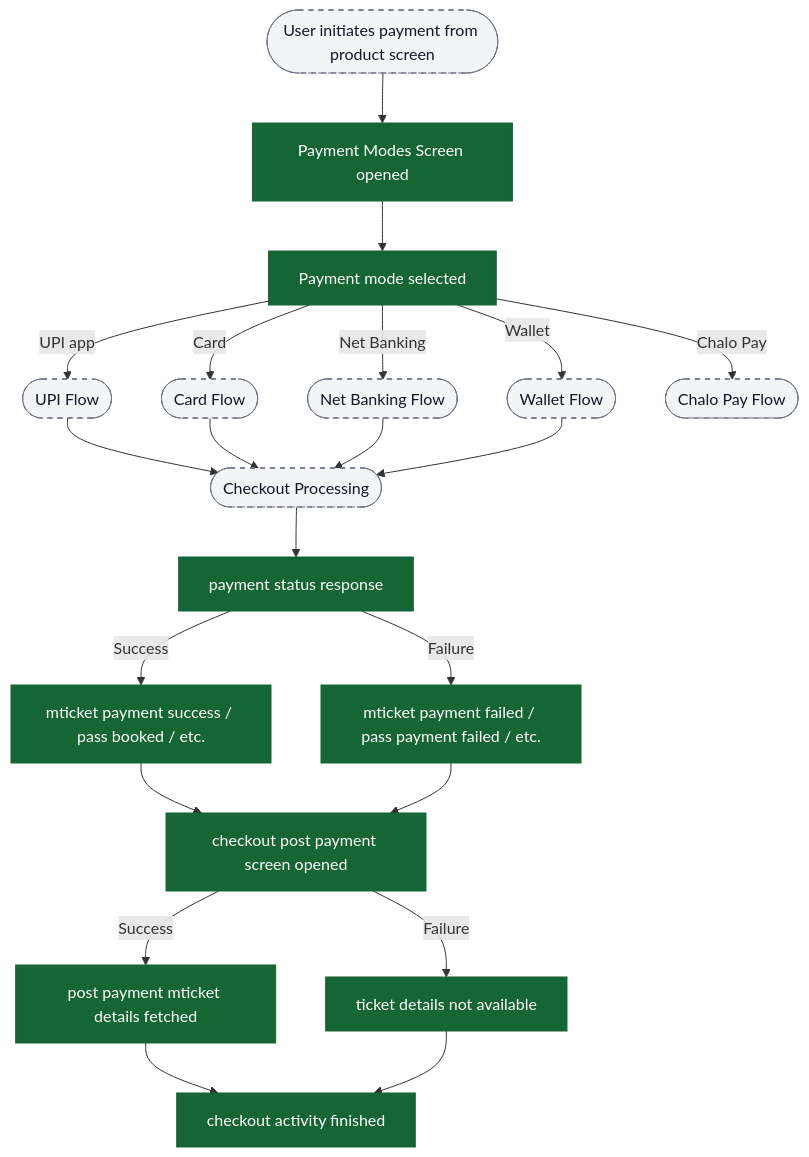
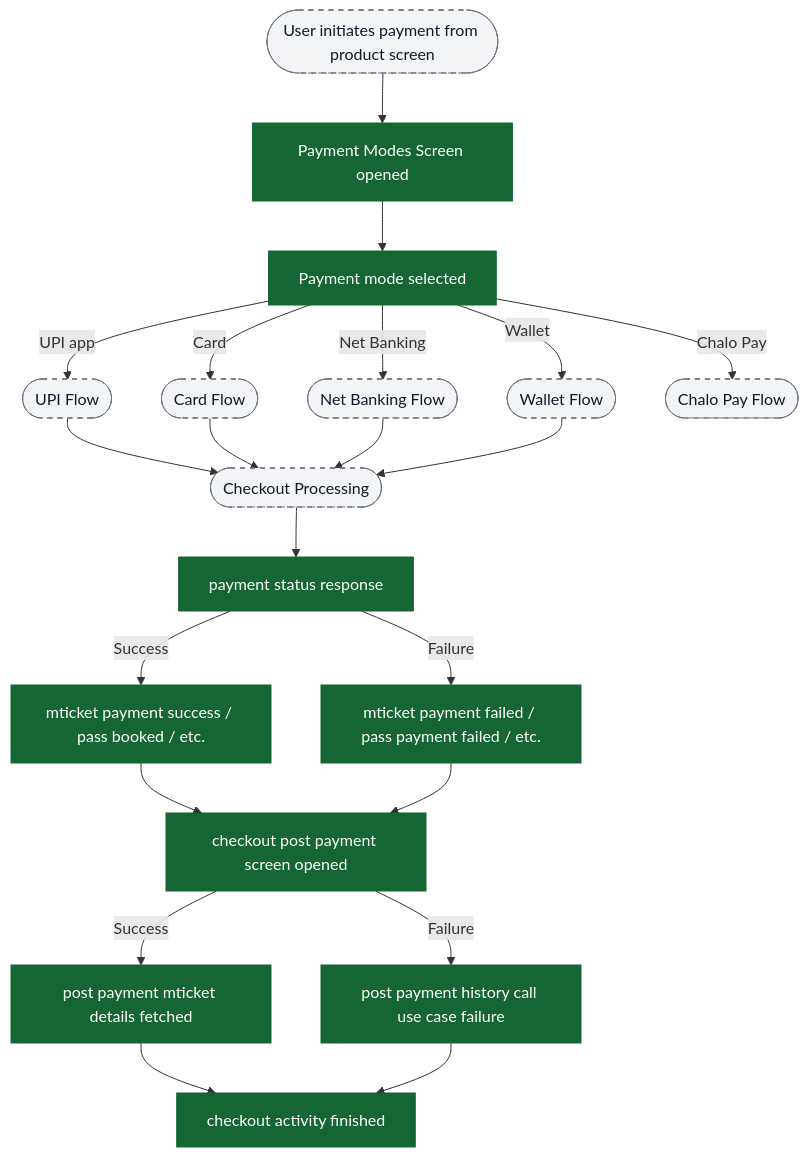
One commit to ratulsarna/chalo-app-dashboard changed the second of 11 diagrams in content/analytics/payment/flow-diagrams.md. Above: the diagram before and after it, drawn with Mermaid. The commit also changed other lines of this file and 1 other file, not shown here.

Commit message:
feat(analytics): update event properties and flow diagrams for payment processing, enhancing error handling and user interaction tracking

````diff
--- a/content/analytics/payment/flow-diagrams.md
+++ b/content/analytics/payment/flow-diagrams.md
@@ -31,38 +31,38 @@
 ```mermaid
 flowchart TD
   ui_entry([User initiates payment from product screen]) --> ev_mainScreenOpen["Payment Modes Screen opened"]
 
   ev_mainScreenOpen --> ev_paymentModeSelected["Payment mode selected"]
 
   ev_paymentModeSelected -->|UPI app| ui_upiFlow([UPI Flow])
   ev_paymentModeSelected -->|Card| ui_cardFlow([Card Flow])
   ev_paymentModeSelected -->|Net Banking| ui_netbankingFlow([Net Banking Flow])
   ev_paymentModeSelected -->|Wallet| ui_walletFlow([Wallet Flow])
   ev_paymentModeSelected -->|Chalo Pay| ui_chaloPayFlow([Chalo Pay Flow])
 
   ui_upiFlow --> ui_checkout([Checkout Processing])
   ui_cardFlow --> ui_checkout
   ui_netbankingFlow --> ui_checkout
   ui_walletFlow --> ui_checkout
 
   ui_checkout --> ev_paymentStatusResponse["payment status response"]
 
   ev_paymentStatusResponse -->|Success| ev_productSuccess["mticket payment success / pass booked / etc."]
   ev_paymentStatusResponse -->|Failure| ev_productFailed["mticket payment failed / pass payment failed / etc."]
 
   ev_productSuccess --> ev_postPaymentOpen["checkout post payment screen opened"]
   ev_productFailed --> ev_postPaymentOpen
 
   ev_postPaymentOpen -->|Success| ev_detailsFetched["post payment mticket details fetched"]
-  ev_postPaymentOpen -->|Failure| ev_detailsNotAvailable["ticket details not available"]
+  ev_postPaymentOpen -->|Failure| ev_historyFailure["post payment history call use case failure"]
 
   ev_detailsFetched --> ev_checkoutFinished["checkout activity finished"]
-  ev_detailsNotAvailable --> ev_checkoutFinished
+  ev_historyFailure --> ev_checkoutFinished
 
   classDef event fill:#166534,stroke:#166534,color:#ffffff;
   classDef ui fill:#f3f4f6,stroke:#6b7280,stroke-dasharray: 5 5,color:#111827;
   classDef external fill:#ffffff,stroke:#6b7280,stroke-dasharray: 3 3,color:#111827;
 
-  class ev_mainScreenOpen,ev_paymentModeSelected,ev_paymentStatusResponse,ev_productSuccess,ev_productFailed,ev_postPaymentOpen,ev_detailsFetched,ev_detailsNotAvailable,ev_checkoutFinished event;
+  class ev_mainScreenOpen,ev_paymentModeSelected,ev_paymentStatusResponse,ev_productSuccess,ev_productFailed,ev_postPaymentOpen,ev_detailsFetched,ev_historyFailure,ev_checkoutFinished event;
   class ui_entry,ui_upiFlow,ui_cardFlow,ui_netbankingFlow,ui_walletFlow,ui_chaloPayFlow,ui_checkout ui;
 ```
````
